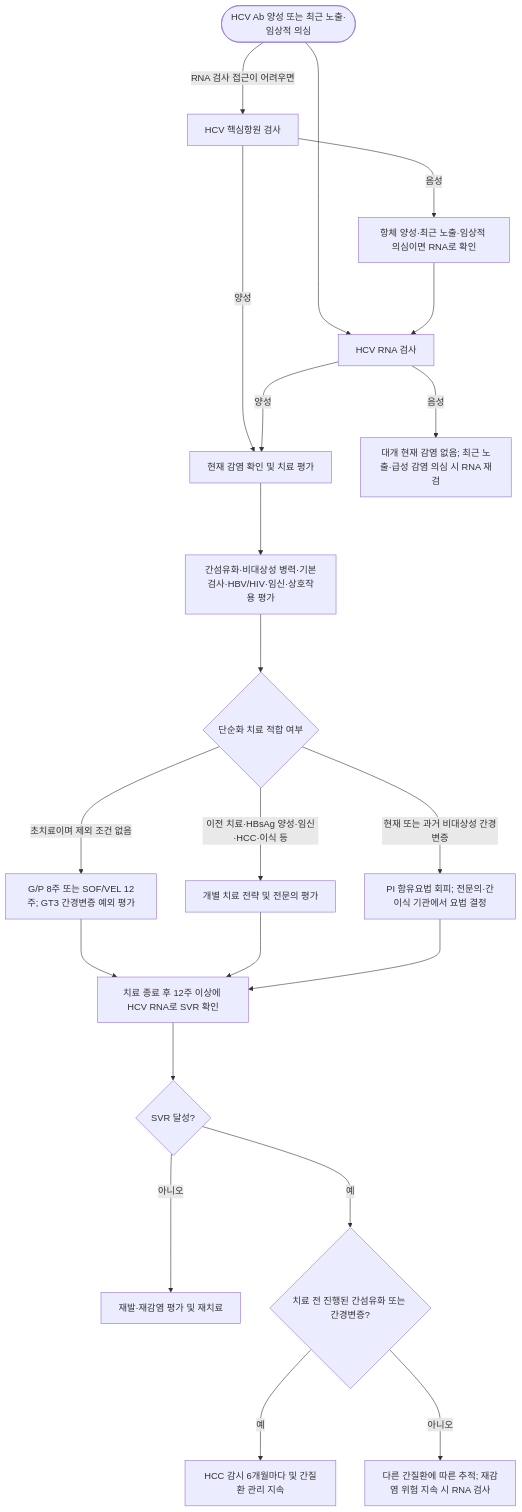
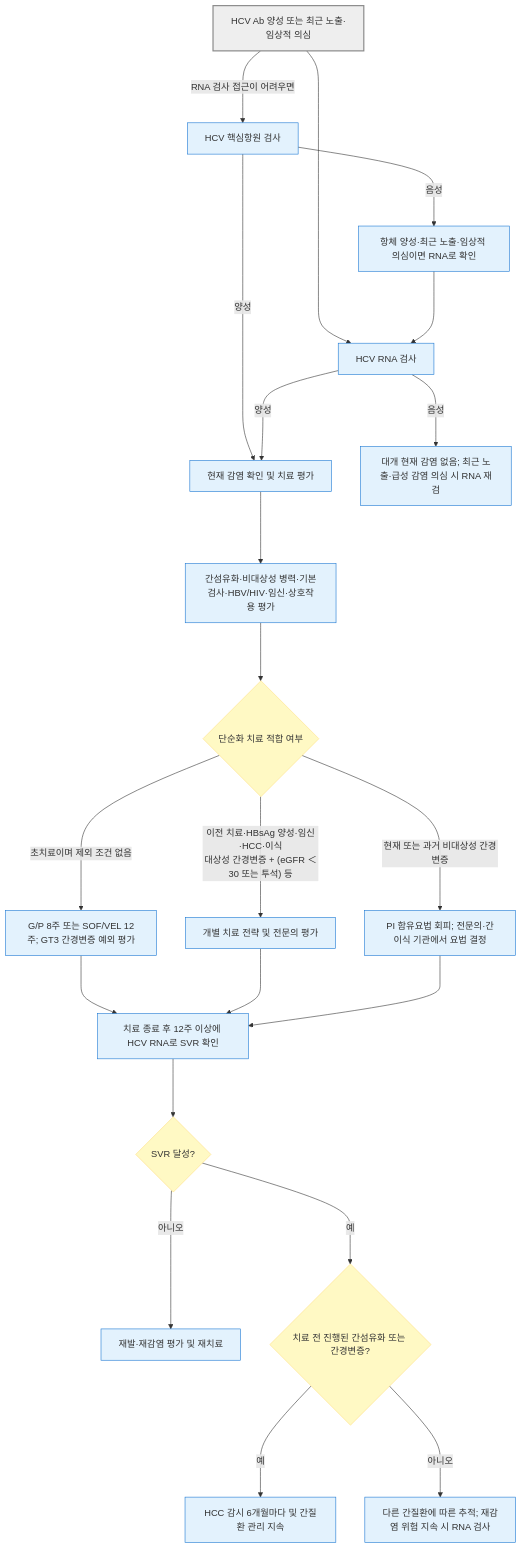
One commit to familyoh77/familyoh77 changed the diagram in 224_/092_hcv-infection.md. Above: the diagram before and after it, drawn with Mermaid. The commit also changed other lines of this file and 8 other files, not shown here.

````diff
--- a/224_/092_hcv-infection.md
+++ b/224_/092_hcv-infection.md
@@ -136,23 +136,30 @@
 ```mermaid
 flowchart TD
-    A(["HCV Ab 양성 또는 최근 노출·임상적 의심"]) ---> B["HCV RNA 검사"]
+    A["HCV Ab 양성 또는 최근 노출·임상적 의심"] ---> B["HCV RNA 검사"]
     A -- "RNA 검사 접근이 어려우면" ---> C["HCV 핵심항원 검사"]
     C -- 양성 ---> D["현재 감염 확인 및 치료 평가"]
     C -- 음성 ---> E["항체 양성·최근 노출·임상적 의심이면 RNA로 확인"]
     E ---> B
     B -- 양성 ---> D
     B -- 음성 ---> F["대개 현재 감염 없음; 최근 노출·급성 감염 의심 시 RNA 재검"]
     D ---> G["간섬유화·비대상성 병력·기본검사·HBV/HIV·임신·상호작용 평가"]
     G ---> H{"단순화 치료 적합 여부"}
     H -- "초치료이며 제외 조건 없음" ---> I["G/P 8주 또는 SOF/VEL 12주; GT3 간경변증 예외 평가"]
-    H -- "이전 치료·HBsAg 양성·임신·HCC·이식 등" ---> J["개별 치료 전략 및 전문의 평가"]
+    H -- "이전 치료·HBsAg 양성·임신·HCC·이식
+대상성 간경변증 + (eGFR ＜30 또는 투석) 등" ---> J["개별 치료 전략 및 전문의 평가"]
     H -- "현재 또는 과거 비대상성 간경변증" ---> K["PI 함유요법 회피; 전문의·간이식 기관에서 요법 결정"]
     I ---> L["치료 종료 후 12주 이상에 HCV RNA로 SVR 확인"]
     J ---> L
     K ---> L
     L ---> M{"SVR 달성?"}
     M -- 아니오 ---> N["재발·재감염 평가 및 재치료"]
     M -- 예 ---> O{"치료 전 진행된 간섬유화 또는 간경변증?"}
     O -- 예 ---> P["HCC 감시 6개월마다 및 간질환 관리 지속"]
     O -- 아니오 ---> Q["다른 간질환에 따른 추적; 재감염 위험 지속 시 RNA 검사"]
+    classDef question fill:#fff9c4,stroke:#ffe082
+    classDef treatment fill:#e3f2fd,stroke:#1976d2
+    classDef emergency fill:#ffdddd,stroke:#d32f2f,stroke-width:2px
+    class H,M,O question
+    class B,C,D,E,F,G,I,J,K,L,N,P,Q treatment
+    style A fill:#eeeeee,stroke:#888888,stroke-width:2px
 ```
````
